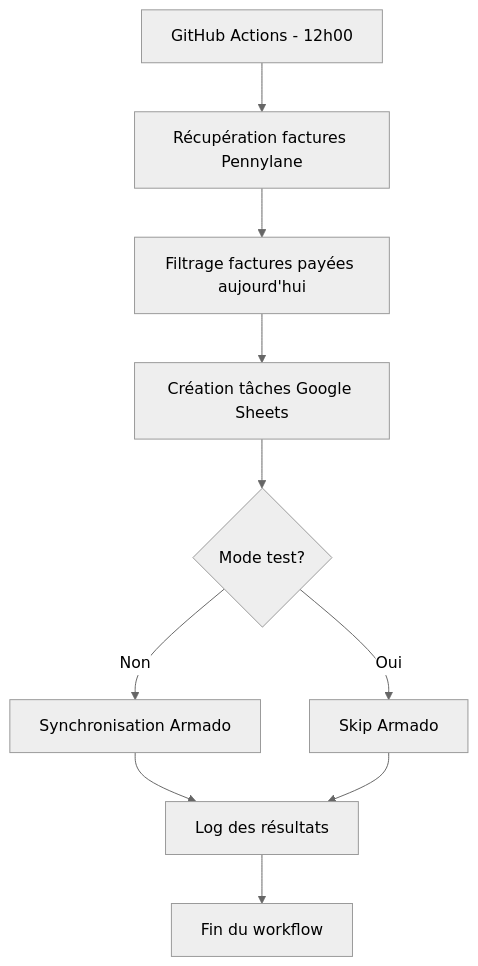
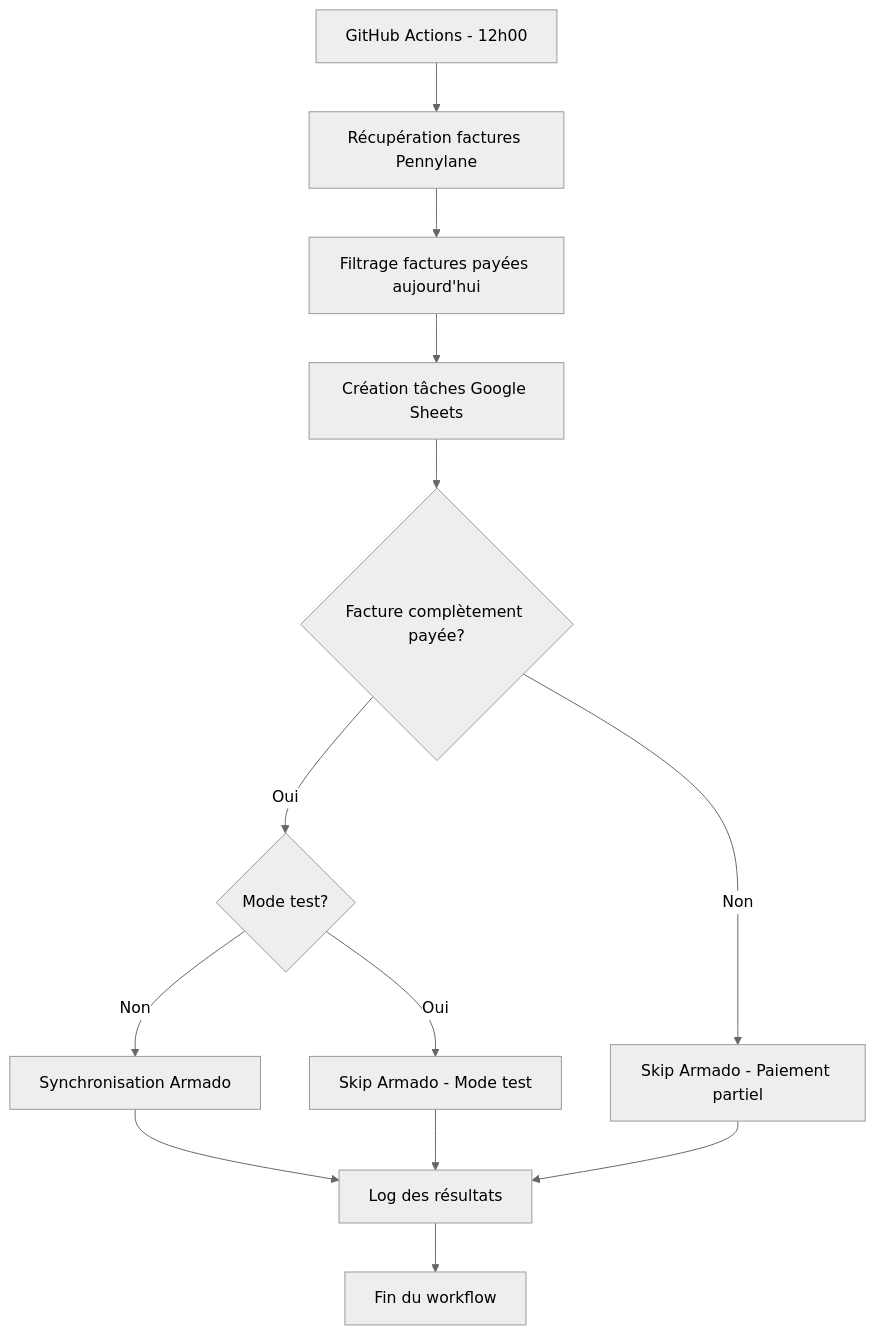
One commit to mamounelamri/pennylane_factures_tasks changed the diagram in GITHUB_ACTIONS_ARMADO.md. Above: the diagram before and after it, drawn with Mermaid (neutral theme). The commit also changed other lines of this file and 4 other files, not shown here.

````diff
--- a/GITHUB_ACTIONS_ARMADO.md
+++ b/GITHUB_ACTIONS_ARMADO.md
@@ -9,12 +9,15 @@
 ```mermaid
 graph TD
     A[GitHub Actions - 12h00] --> B[Récupération factures Pennylane]
     B --> C[Filtrage factures payées aujourd'hui]
     C --> D[Création tâches Google Sheets]
-    D --> E{Mode test?}
-    E -->|Non| F[Synchronisation Armado]
-    E -->|Oui| G[Skip Armado]
-    F --> H[Log des résultats]
-    G --> H
-    H --> I[Fin du workflow]
+    D --> E{Facture complètement payée?}
+    E -->|Oui| F{Mode test?}
+    E -->|Non| G[Skip Armado - Paiement partiel]
+    F -->|Non| H[Synchronisation Armado]
+    F -->|Oui| I[Skip Armado - Mode test]
+    H --> J[Log des résultats]
+    G --> J
+    I --> J
+    J --> K[Fin du workflow]
 ```
````
